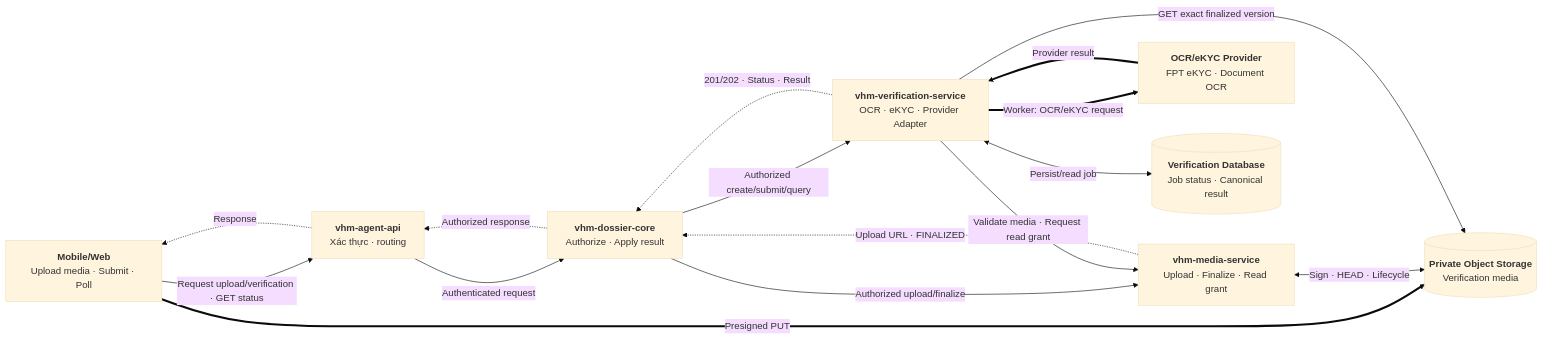
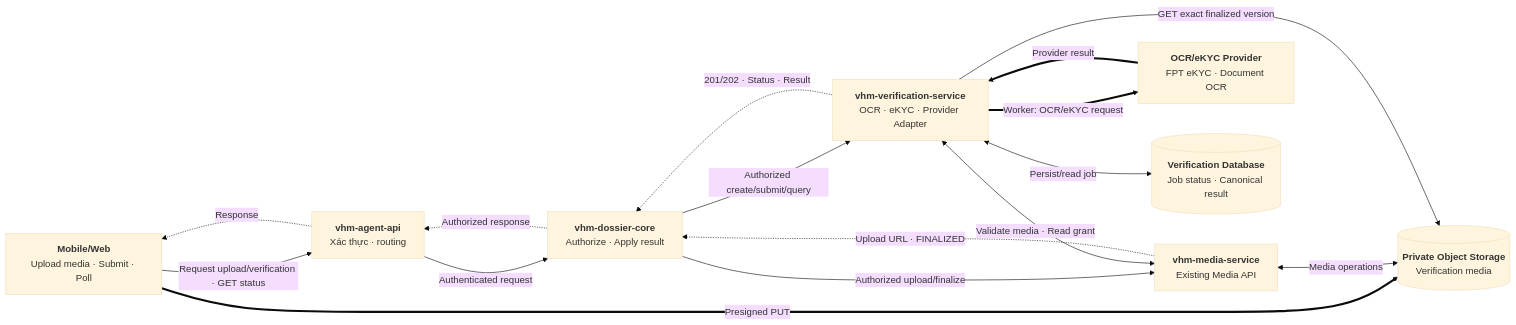
One commit to huynv-xyz/vhm changed the first of 8 diagrams in noxh.md. Above: the diagram before and after it, drawn with Mermaid (base theme). The commit also changed other lines of this file, not shown here.

````diff
--- a/noxh.md
+++ b/noxh.md
@@ -75,37 +75,37 @@
 ```mermaid
 flowchart LR
     CLIENT["`**Mobile/Web**
 Upload media · Submit · Poll`"]
     BFF["`**vhm-agent-api**
 Xác thực · routing`"]
     DOSSIER["`**vhm-dossier-core**
 Authorize · Apply result`"]
     MEDIA_SERVICE["`**vhm-media-service**
-Upload · Finalize · Read grant`"]
+Existing Media API`"]
     VERIFY["`**vhm-verification-service**
 OCR · eKYC · Provider Adapter`"]
     MEDIA[("`**Private Object Storage**
 Verification media`")]
     PROVIDER["`**OCR/eKYC Provider**
 FPT eKYC · Document OCR`"]
     DB[("`**Verification Database**
 Job status · Canonical result`")]
 
     CLIENT -->|"Request upload/verification · GET status"| BFF
     BFF -->|"Authenticated request"| DOSSIER
     DOSSIER -->|"Authorized upload/finalize"| MEDIA_SERVICE
     DOSSIER -->|"Authorized create/submit/query"| VERIFY
 
     CLIENT ==>|"Presigned PUT"| MEDIA
-    MEDIA_SERVICE <-->|"Sign · HEAD · Lifecycle"| MEDIA
-    VERIFY -->|"Validate media · Request read grant"| MEDIA_SERVICE
+    MEDIA_SERVICE <-->|"Media operations"| MEDIA
+    VERIFY <-->|"Validate media · Read grant"| MEDIA_SERVICE
     VERIFY -->|"GET exact finalized version"| MEDIA
     VERIFY ==>|"Worker: OCR/eKYC request"| PROVIDER
     PROVIDER ==>|"Provider result"| VERIFY
     VERIFY <-->|"Persist/read job"| DB
 
     MEDIA_SERVICE -.->|"Upload URL · FINALIZED"| DOSSIER
     VERIFY -.->|"201/202 · Status · Result"| DOSSIER
     DOSSIER -.->|"Authorized response"| BFF
     BFF -.->|"Response"| CLIENT
 ```
````
